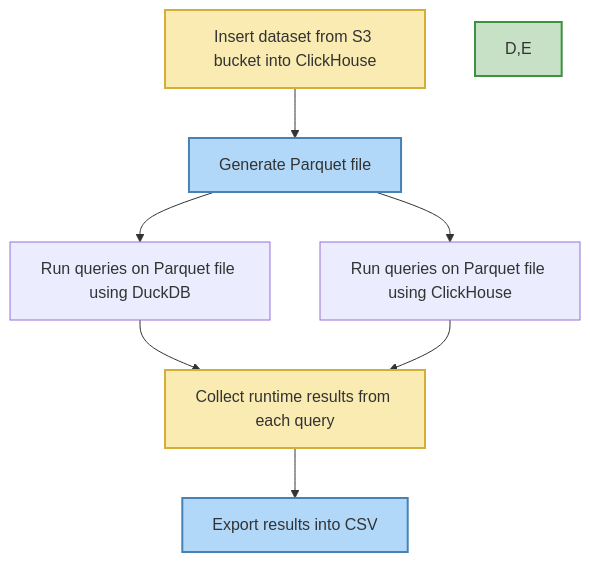
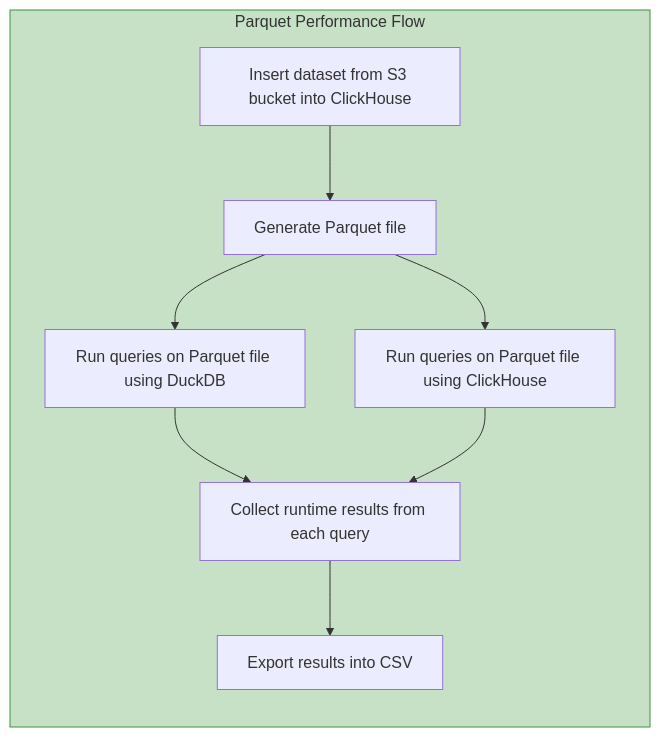
The diagram in parquet/performance/README.md (Altinity/clickhouse-regression), drawn with Mermaid before and after one commit.

````diff
--- a/parquet/performance/README.md
+++ b/parquet/performance/README.md
@@ -5,16 +5,16 @@
 ```mermaid
-graph TD
-    style B fill:#F9EBB2,stroke:#D4AF37,stroke-width:2px;
-    style C fill:#B2D8F9,stroke:#4682B4,stroke-width:2px;
-    style D,E fill:#C6E1C6,stroke:#3D9140,stroke-width:2px;
-    style F fill:#F9EBB2,stroke:#D4AF37,stroke-width:2px;
-    style G fill:#B2D8F9,stroke:#4682B4,stroke-width:2px;
+flowchart LR
+    style R fill:#C6E1C6,stroke:#3D9140,stroke-width:1px;
 
-    B[Insert dataset from S3 bucket into ClickHouse]
-    B --> C[Generate Parquet file]
-    C --> D[Run queries on Parquet file using DuckDB]
-    C --> E[Run queries on Parquet file using ClickHouse]
-    D --> F[Collect runtime results from each query]
-    E --> F
-    F --> G[Export results into CSV]
+
+    subgraph R[Parquet Performance Flow]
+        B[Insert dataset from S3 bucket into ClickHouse]
+        B --> C[Generate Parquet file]
+        C --> D[Run queries on Parquet file using DuckDB]
+        C --> E[Run queries on Parquet file using ClickHouse]
+        D --> F[Collect runtime results from each query]
+        E --> F
+        F --> G[Export results into CSV]
+    end
+
 ```
````
